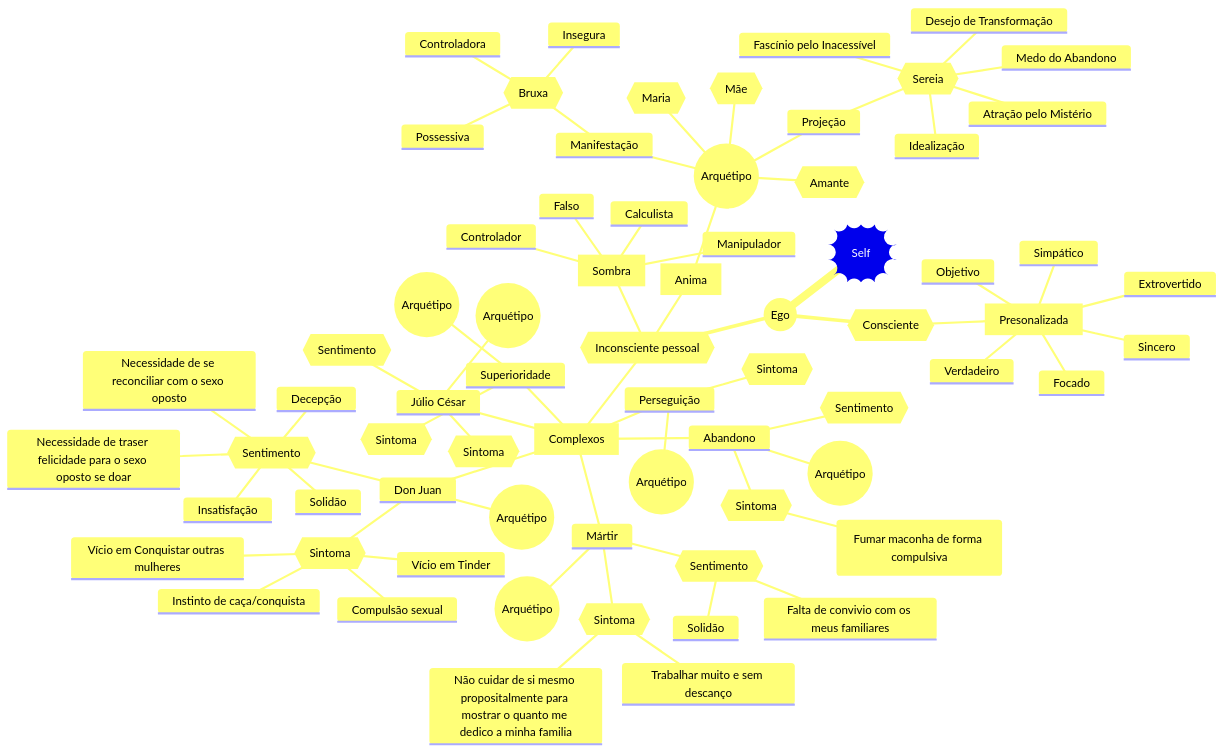
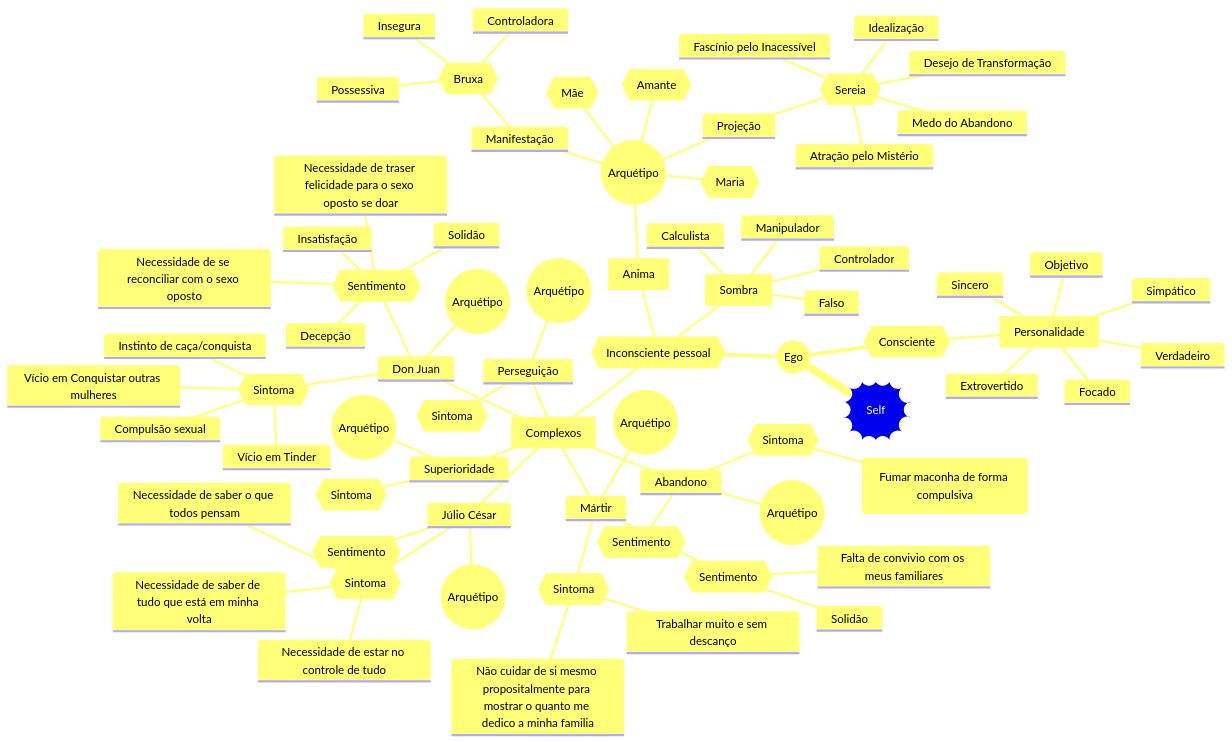
Before and after one commit to GovindaSystems/SoulPrint: the diagram in SoulMap.md, drawn with Mermaid.

````diff
--- a/SoulMap.md
+++ b/SoulMap.md
@@ -9,7 +9,7 @@
     ((Ego))
     :::urgent large
         {{Consciente}}
-            [Presonalizada]
+            [Personalidade]
             ::icon(fa fa-theater-masks)
                 Simpático
                 Extrovertido
@@ -21,11 +21,13 @@
             [Complexos]
             ::icon(fas fa-yin-yang)
                 Abandono
+                ::icon(far fa-play-circle)
                     ((Arquétipo))
                     {{Sintoma}}
                         Vício (Fumar maconha de forma compulsiva)
                     {{Sentimento}}
                 Mártir
+                ::icon(far fa-play-circle)
                     ((Arquétipo))
                     {{Sintoma}}
                         Trabalhar muito e sem descanço
@@ -34,8 +36,12 @@
                         Solidão
                         Falta de convivio com os meus familiares
                 Júlio César
+                ::icon(far fa-play-circle)
                     ((Arquétipo))
                     {{Sintoma}}
+                        Necessidade de estar no controle de tudo
+                        Necessidade de saber de tudo que está em minha volta
+                        Necessidade de saber o que todos pensam
                     {{Sentimento}}
                 Don Juan
                     ((Arquétipo))
@@ -81,5 +87,5 @@
                 Manipulador
                 Calculista
                 Controlador
-                
+
 ```
````
